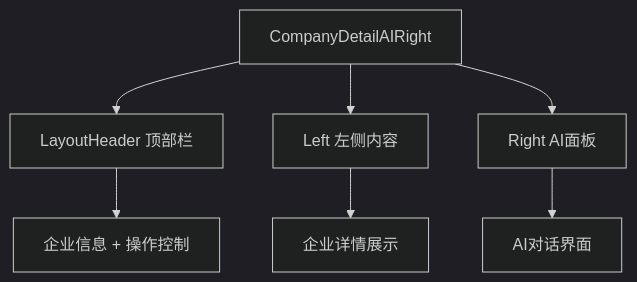
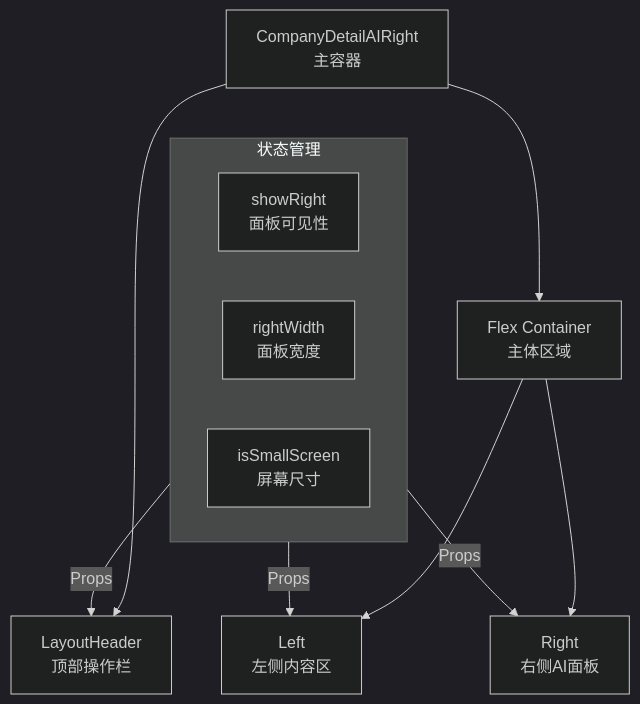
The first of 2 diagrams in apps/company/docs/CorpDetail/layout-container.md (suneo02/tech-knowledge-base), drawn with Mermaid (dark theme) before and after one commit. The commit also changed other lines of this file and 2109 other files, not shown here.

````diff
--- a/apps/company/docs/CorpDetail/layout-container.md
+++ b/apps/company/docs/CorpDetail/layout-container.md
@@ -13,10 +21,18 @@
 ```mermaid
 graph TD
-    A[CompanyDetailAIRight] --> B[LayoutHeader 顶部栏]
-    A --> C[Left 左侧内容]
-    A --> D[Right AI面板]
-
-    B --> E[企业信息 + 操作控制]
-    C --> F[企业详情展示]
-    D --> G[AI对话界面]
+    Root[CompanyDetailAIRight<br>主容器] --> Header[LayoutHeader<br>顶部操作栏]
+    Root --> Body[Flex Container<br>主体区域]
+    
+    Body --> LeftWrapper[Left<br>左侧内容区]
+    Body --> RightWrapper[Right<br>右侧AI面板]
+    
+    subgraph State [状态管理]
+        ShowRight[showRight<br>面板可见性]
+        RightWidth[rightWidth<br>面板宽度]
+        IsSmallScreen[isSmallScreen<br>屏幕尺寸]
+    end
+    
+    State -->|Props| Header
+    State -->|Props| LeftWrapper
+    State -->|Props| RightWrapper
 ```
````
